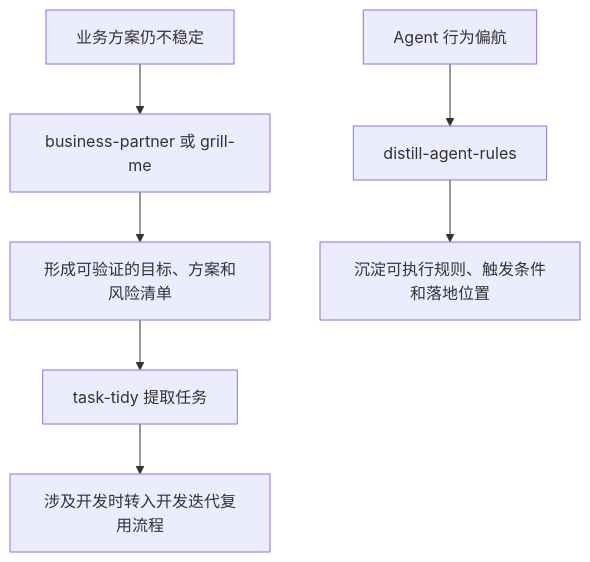
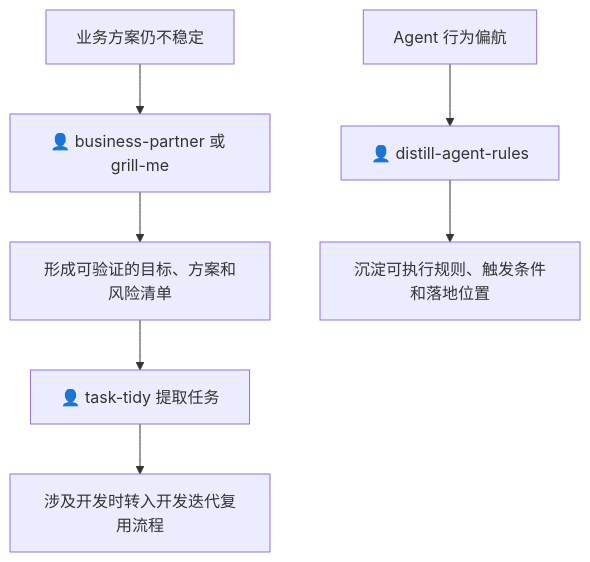
Before and after one commit to derekhu0002/Argo: the fifth of 5 diagrams in README.md, drawn with Mermaid. The commit also changed other lines of this file, not shown here.

````diff
--- a/README.md
+++ b/README.md
@@ -159,10 +159,10 @@
 ```mermaid
 flowchart TD
-    A[业务方案仍不稳定] --> B[business-partner 或 grill-me]
+    A[业务方案仍不稳定] --> B[👤 business-partner 或 grill-me]
     B --> C[形成可验证的目标、方案和风险清单]
-    C --> D[task-tidy 提取任务]
+    C --> D[👤 task-tidy 提取任务]
     D --> E[涉及开发时转入开发迭代复用流程]
 
-    K[Agent 行为偏航] --> L[distill-agent-rules]
+    K[Agent 行为偏航] --> L[👤 distill-agent-rules]
     L --> M[沉淀可执行规则、触发条件和落地位置]
 ```
````
